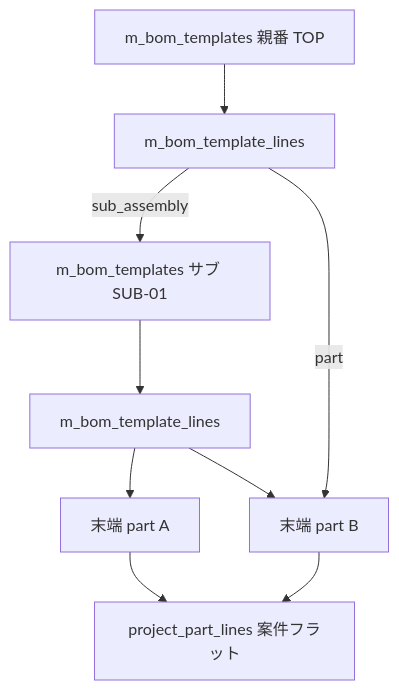
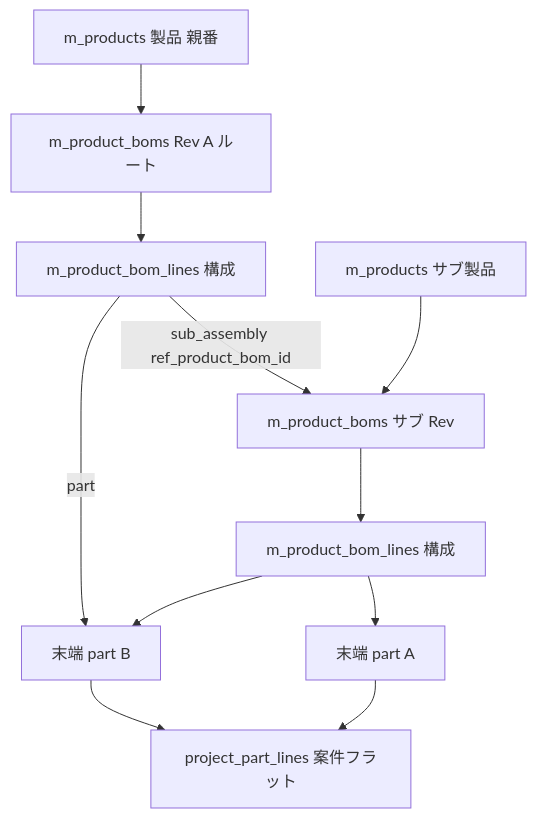
One commit to gt00111/portal changed the second of 5 diagrams in docs/requirements.md. Above: the diagram before and after it, drawn with Mermaid. The commit also changed other lines of this file and 25 other files, not shown here.

First line of the commit message:
部材管理 5-A-1/5-B/5-E/5-F を実装（製品 BOM・CSV 取込・手配済・Rev 差分）

````diff
--- a/docs/requirements.md
+++ b/docs/requirements.md
@@ -833,18 +817,22 @@
 ```mermaid
 flowchart TB
-  ROOT[m_bom_templates 親番 TOP]
-  L1[m_bom_template_lines]
-  SUB[m_bom_templates サブ SUB-01]
-  L2[m_bom_template_lines]
+  PROD[m_products 製品 親番]
+  ROOT[m_product_boms Rev A ルート]
+  L1[m_product_bom_lines 構成]
+  SUBPROD[m_products サブ製品]
+  SUB[m_product_boms サブ Rev]
+  L2[m_product_bom_lines 構成]
   LEAF1[末端 part A]
   LEAF2[末端 part B]
   PROJ[project_part_lines 案件フラット]
+  PROD --> ROOT
   ROOT --> L1
-  L1 -->|sub_assembly| SUB
+  L1 -->|sub_assembly ref_product_bom_id| SUB
+  SUBPROD --> SUB
   SUB --> L2
   L2 --> LEAF1
   L2 --> LEAF2
   L1 -->|part| LEAF2
   LEAF1 --> PROJ
   LEAF2 --> PROJ
 ```
````
